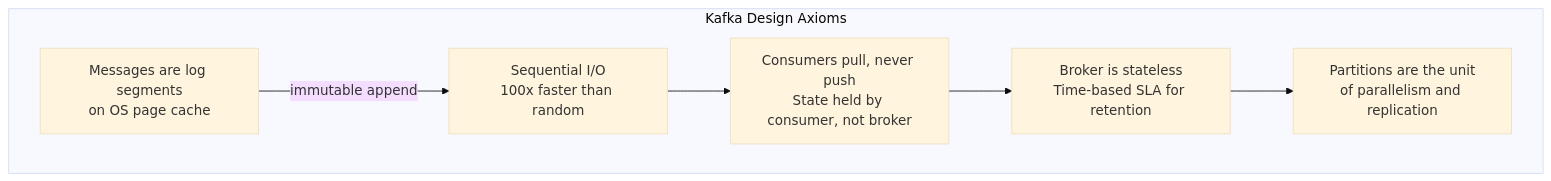
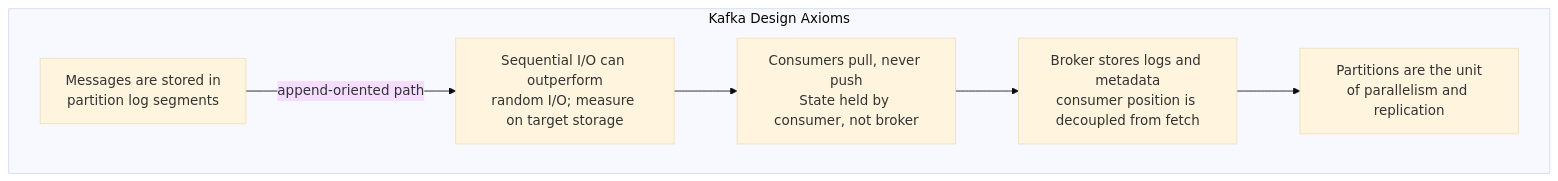
One commit to choisimo/document changed the first of 19 diagrams in content/docs/books/kafka/learning-apache-kafka.md. Above: the diagram before and after it, drawn with Mermaid (base theme). The commit also changed other lines of this file and 504 other files, not shown here.

````diff
--- a/content/docs/books/kafka/learning-apache-kafka.md
+++ b/content/docs/books/kafka/learning-apache-kafka.md
@@ -14,9 +21,9 @@
 ```mermaid
 flowchart TD
     subgraph Design["Kafka Design Axioms"]
-        A["Messages are log segments<br/>on OS page cache"] -->|immutable append| B["Sequential I/O<br/>100x faster than random"]
+        A["Messages are stored in<br/>partition log segments"] -->|append-oriented path| B["Sequential I/O can outperform<br/>random I/O; measure on target storage"]
         B --> C["Consumers pull, never push<br/>State held by consumer, not broker"]
-        C --> D["Broker is stateless<br/>Time-based SLA for retention"]
+        C --> D["Broker stores logs and metadata<br/>consumer position is decoupled from fetch"]
         D --> E["Partitions are the unit<br/>of parallelism and replication"]
     end
 ```
````
